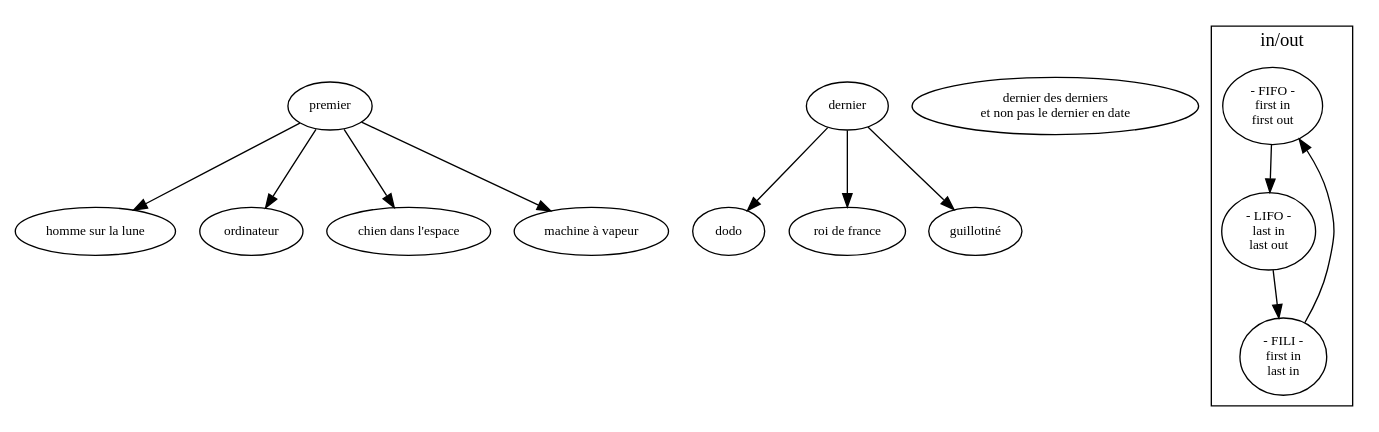
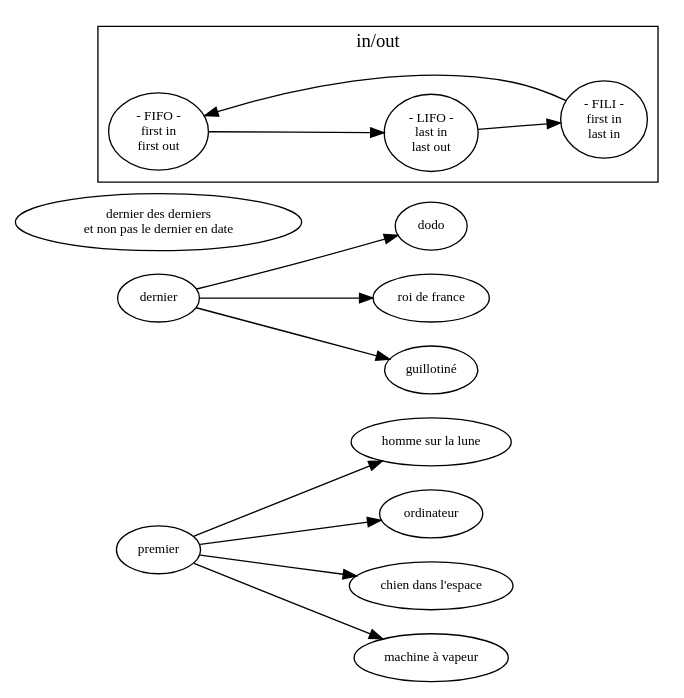
Before and after one commit to ensad-nancy/first-last: the diagram in sujet.dot, drawn with Graphviz.

Commit message:
+	rankdir="LR"

```diff
--- a/sujet.dot
+++ b/sujet.dot
@@ -1,34 +1,34 @@
 digraph {
 
 	fontname="myriadpro"
 	fontsize = 14
-	rankdir="TB"
+	rankdir="LR"
 	node [fontname="myriadpro", fontsize = 10]
 	edge [fontname="monaco", fontsize = 9]
 	
 	first [label="premier"]
 	last [label="dernier"]
 	
 	"dernier des derniers\n et non pas le dernier en date" 
 
 	first -> "homme sur la lune"
 	first -> "ordinateur"
 	first -> "chien dans l'espace"
 	first -> "machine à vapeur"
 	
 	last -> dodo
 	last -> "roi de france"
 	last -> "guillotiné"
 
 	subgraph cluster_FO{
 	
 		label="in/out"
 		
 		FIFO [label="- FIFO -\nfirst in\nfirst out"]
 		LIFO [label="- LIFO -\nlast in\nlast out"]
 		FILI [label="- FILI -\nfirst in\n last in"]
 
 		FILI -> FIFO -> LIFO -> FILI
 	}
 	
 }
```
